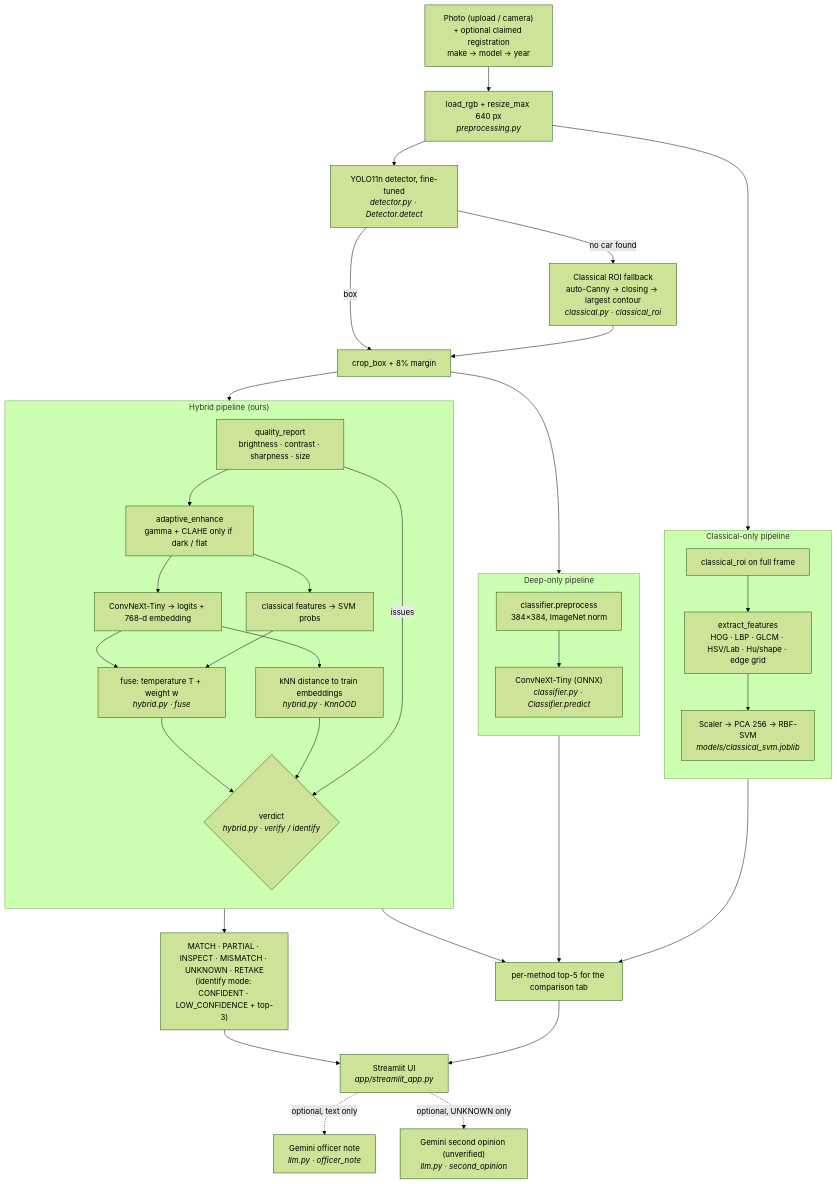
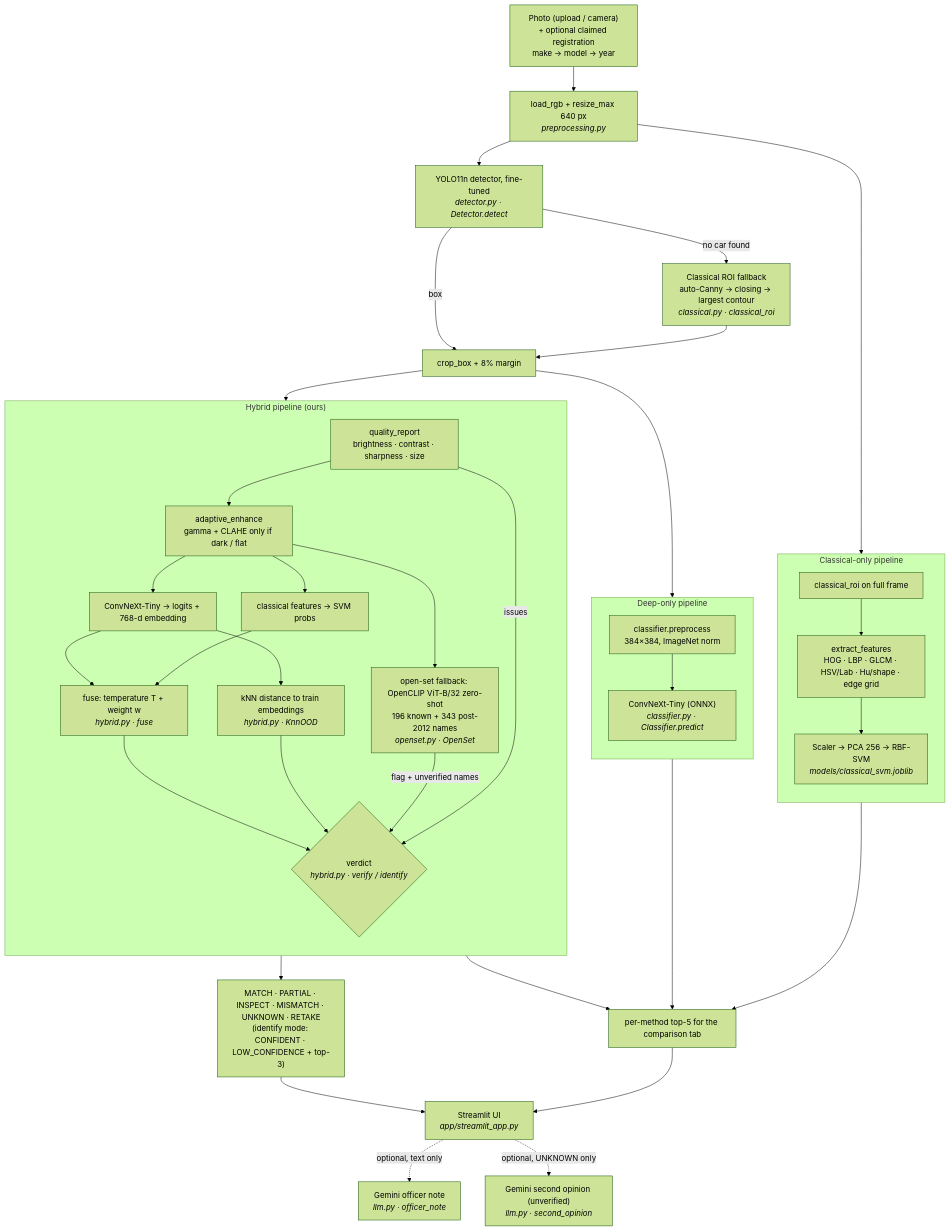
Before and after one commit to ksaihavish/vericar: the first of 2 diagrams in docs/architecture.md, drawn with Mermaid (forest theme). The commit also changed 14 other files, not shown here.

First line of the commit message:
Add zero-shot OpenCLIP open-set fallback for cars outside Stanford Cars

````diff
--- a/docs/architecture.md
+++ b/docs/architecture.md
@@ -7,45 +7,47 @@
 ```mermaid
 flowchart TB
     IN["Photo (upload / camera)<br/>+ optional claimed registration<br/>make → model → year"] --> LOAD["load_rgb + resize_max 640 px<br/><i>preprocessing.py</i>"]
 
     LOAD --> DET["YOLO11n detector, fine-tuned<br/><i>detector.py · Detector.detect</i>"]
     DET -->|no car found| CROI["Classical ROI fallback<br/>auto-Canny → closing → largest contour<br/><i>classical.py · classical_roi</i>"]
     DET -->|box| CROP["crop_box + 8% margin"]
     CROI --> CROP
 
     subgraph CLASSICAL["Classical-only pipeline"]
         direction TB
         C1["classical_roi on full frame"] --> C2["extract_features<br/>HOG · LBP · GLCM · HSV/Lab · Hu/shape · edge grid"]
         C2 --> C3["Scaler → PCA 256 → RBF-SVM<br/><i>models/classical_svm.joblib</i>"]
     end
     LOAD --> C1
 
     subgraph DEEP["Deep-only pipeline"]
         direction TB
         D1["classifier.preprocess<br/>384×384, ImageNet norm"] --> D2["ConvNeXt-Tiny (ONNX)<br/><i>classifier.py · Classifier.predict</i>"]
     end
     CROP --> D1
 
     subgraph HYBRID["Hybrid pipeline (ours)"]
         direction TB
         H1["quality_report<br/>brightness · contrast · sharpness · size"] --> H2["adaptive_enhance<br/>gamma + CLAHE only if dark / flat"]
         H2 --> H3["ConvNeXt-Tiny → logits + 768-d embedding"]
         H2 --> H4["classical features → SVM probs"]
         H3 --> H5["fuse: temperature T + weight w<br/><i>hybrid.py · fuse</i>"]
         H4 --> H5
         H3 --> H6["kNN distance to train embeddings<br/><i>hybrid.py · KnnOOD</i>"]
+        H2 --> H8["open-set fallback: OpenCLIP ViT-B/32 zero-shot<br/>196 known + 343 post-2012 names<br/><i>openset.py · OpenSet</i>"]
         H5 --> H7{"verdict<br/><i>hybrid.py · verify / identify</i>"}
         H6 --> H7
+        H8 -->|"flag + unverified names"| H7
         H1 -->|issues| H7
     end
     CROP --> H1
 
     H7 --> OUT["MATCH · PARTIAL · INSPECT · MISMATCH · UNKNOWN · RETAKE<br/>(identify mode: CONFIDENT · LOW_CONFIDENCE + top-3)"]
     C3 --> CMP["per-method top-5 for the comparison tab"]
     D2 --> CMP
     H5 --> CMP
     OUT --> UI["Streamlit UI<br/><i>app/streamlit_app.py</i>"]
     CMP --> UI
     UI -. optional, text only .-> LLM["Gemini officer note<br/><i>llm.py · officer_note</i>"]
     UI -. optional, UNKNOWN only .-> LLM2["Gemini second opinion (unverified)<br/><i>llm.py · second_opinion</i>"]
 ```
````
